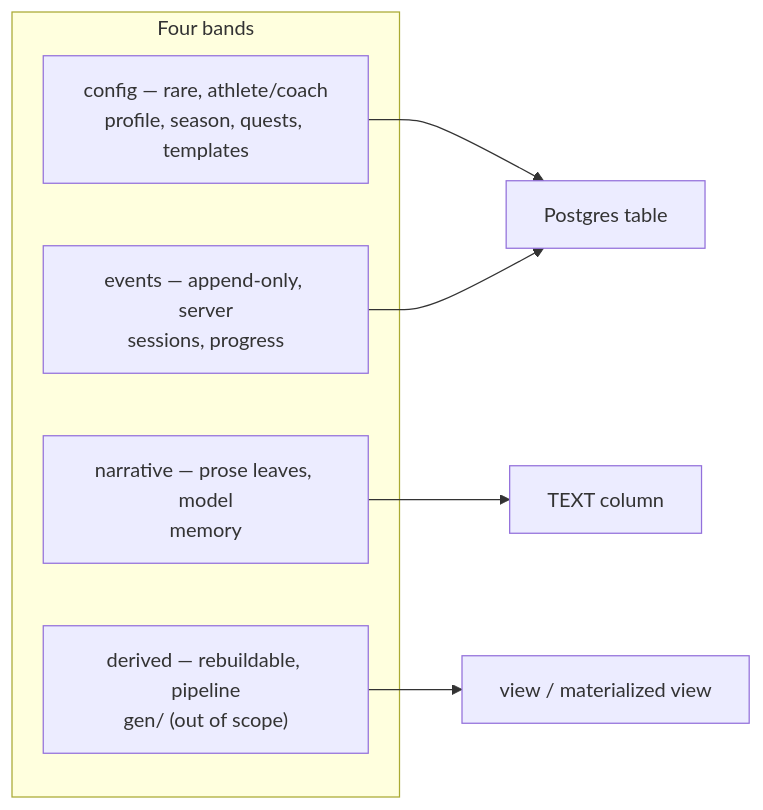
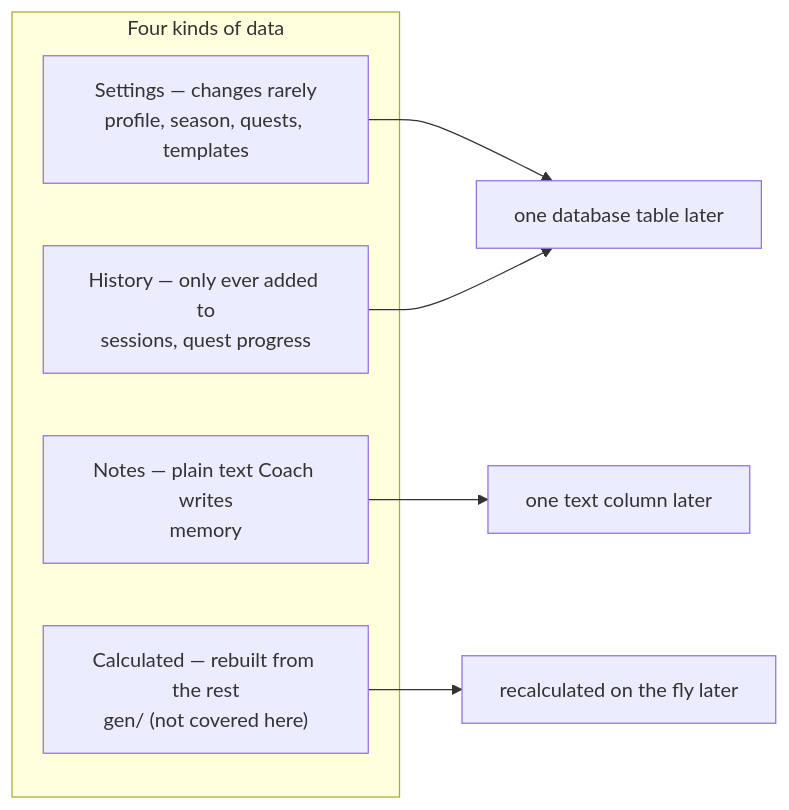
One commit to sibling-shipyard/coach-hq changed the first of 2 diagrams in docs/plans/coach-schema-redesign.md. Above: the diagram before and after it, drawn with Mermaid. The commit also changed other lines of this file and 1 other file, not shown here.

Commit message:
core: rewrite coach schema redesign docs in plain english (#378)

````diff
--- a/docs/plans/coach-schema-redesign.md
+++ b/docs/plans/coach-schema-redesign.md
@@ -27,13 +33,13 @@
 ```mermaid
 flowchart LR
-  subgraph bands["Four bands"]
-    cfg["config — rare, athlete/coach<br/>profile, season, quests, templates"]
-    ev["events — append-only, server<br/>sessions, progress"]
-    nar["narrative — prose leaves, model<br/>memory"]
-    der["derived — rebuildable, pipeline<br/>gen/ (out of scope)"]
+  subgraph kinds["Four kinds of data"]
+    cfg["Settings — changes rarely<br/>profile, season, quests, templates"]
+    ev["History — only ever added to<br/>sessions, quest progress"]
+    nar["Notes — plain text Coach writes<br/>memory"]
+    der["Calculated — rebuilt from the rest<br/>gen/ (not covered here)"]
   end
-  cfg --> tbl["Postgres table"]
+  cfg --> tbl["one database table later"]
   ev --> tbl
-  nar --> col["TEXT column"]
-  der --> view["view / materialized view"]
+  nar --> col["one text column later"]
+  der --> view["recalculated on the fly later"]
 ```
````
